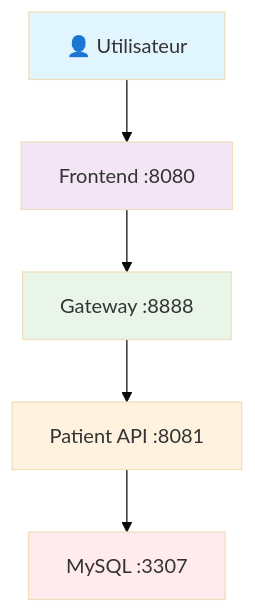
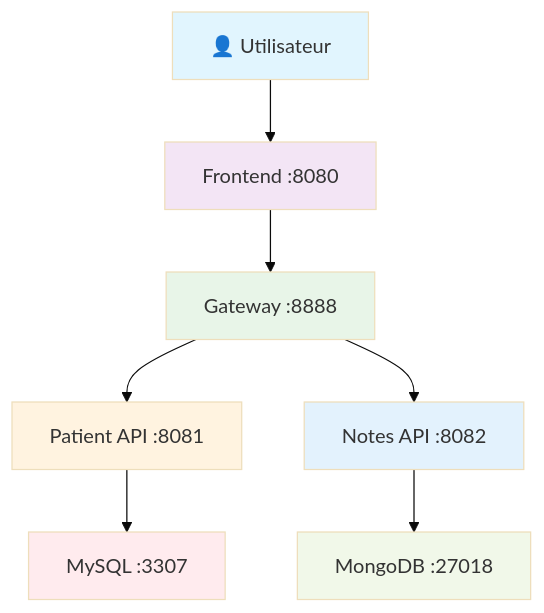
One commit to LeoCanet/medilabo-solutions changed the diagram in README.md. Above: the diagram before and after it, drawn with Mermaid (base theme). The commit also changed other lines of this file and 42 other files, not shown here.

````diff
--- a/README.md
+++ b/README.md
@@ -37,13 +47,17 @@
 ```mermaid
 graph TB
     A[👤 Utilisateur] --> B[Frontend :8080]
-    B --> C[Gateway :8888] 
+    B --> C[Gateway :8888]
     C --> D[Patient API :8081]
+    C --> F[Notes API :8082]
     D --> E[MySQL :3307]
-    
+    F --> G[MongoDB :27018]
+
     style A fill:#e1f5fe
     style B fill:#f3e5f5
     style C fill:#e8f5e8
     style D fill:#fff3e0
+    style F fill:#e3f2fd
     style E fill:#ffebee
+    style G fill:#f1f8e9
 ```
````
